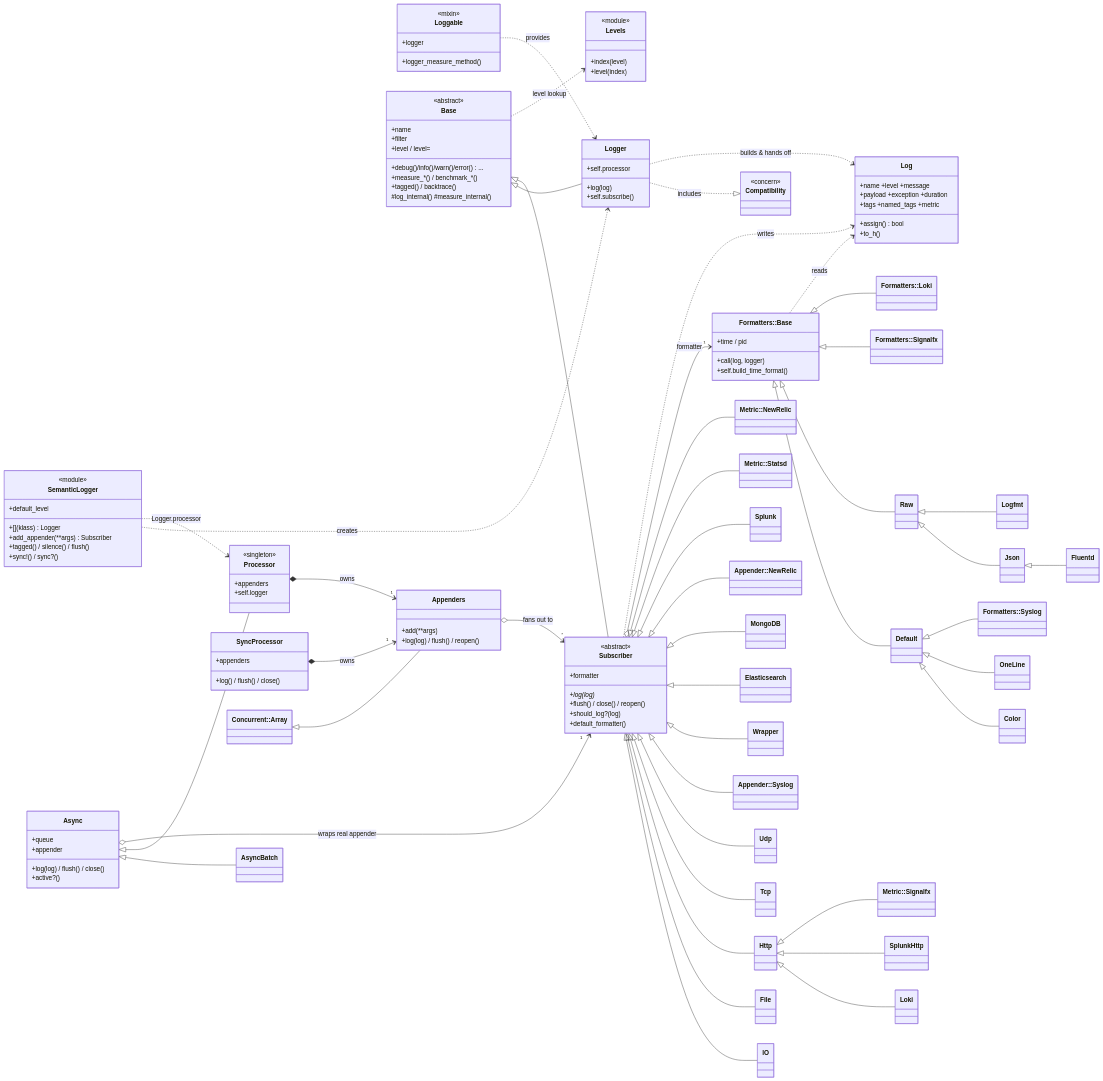
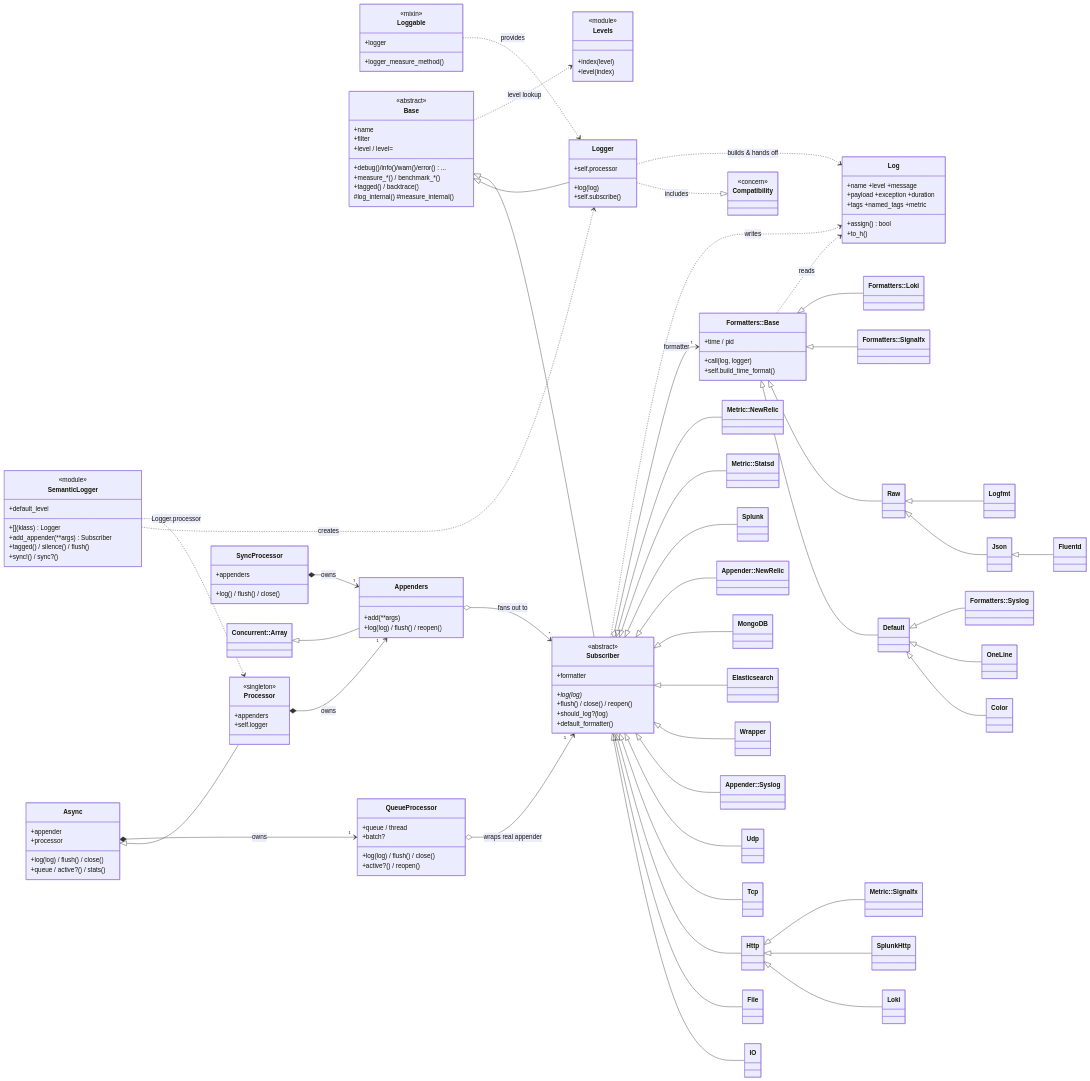
One commit to reidmorrison/semantic_logger changed the diagram in CONTRIBUTING.md. Above: the diagram before and after it, drawn with Mermaid. The commit also changed other lines of this file and 14 other files, not shown here.

```diff
--- a/CONTRIBUTING.md
+++ b/CONTRIBUTING.md
@@ -218,12 +219,17 @@
 
     %% ===== Async pipeline =====
     class Async {
-        +queue
         +appender
+        +processor
         +log(log) / flush() / close()
-        +active?()
+        +queue / active?() / stats()
     }
-    class AsyncBatch
+    class QueueProcessor {
+        +queue / thread
+        +log(log) / flush() / close()
+        +active?() / reopen()
+        +batch?
+    }
     class Processor {
         <<singleton>>
         +appenders
@@ -239,10 +245,10 @@
     }
     class ConcurrentArray["Concurrent::Array"]
 
-    Async <|-- AsyncBatch
     Async <|-- Processor
     ConcurrentArray <|-- Appenders
-    Async o--> "1" Subscriber : wraps real appender
+    Async *--> "1" QueueProcessor : owns
+    QueueProcessor o--> "1" Subscriber : wraps real appender
     Processor *--> "1" Appenders : owns
     SyncProcessor *--> "1" Appenders : owns
     Appenders o--> "*" Subscriber : fans out to
```
